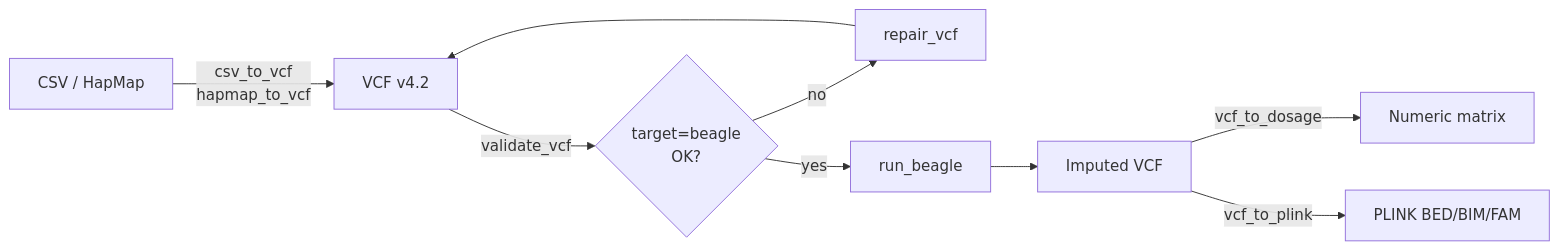
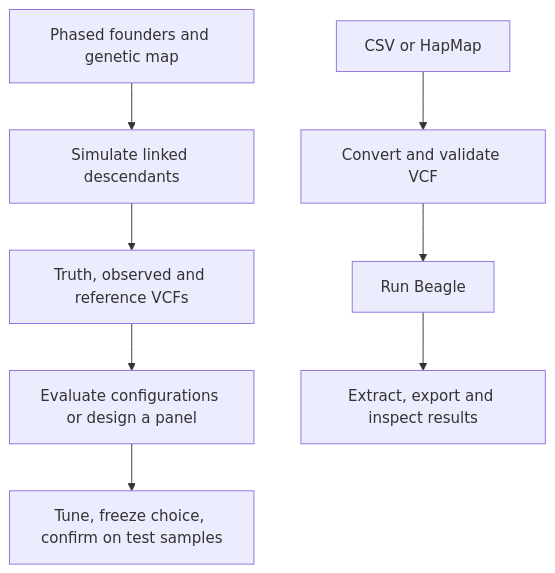
The diagram in README.md (NDSU-AGDA/galick), drawn with Mermaid before and after one commit. The commit also changed other lines of this file and 180 other files, not shown here.

````diff
--- a/README.md
+++ b/README.md
@@ -86,11 +99,10 @@
 ```mermaid
-flowchart LR
-    A[CSV / HapMap] -->|csv_to_vcf<br>hapmap_to_vcf| B[VCF v4.2]
-    B -->|validate_vcf| C{target=beagle<br>OK?}
-    C -- no --> D[repair_vcf]
-    D --> B
-    C -- yes --> E[run_beagle]
-    E --> F[Imputed VCF]
-    F -->|vcf_to_dosage| G[Numeric matrix]
-    F -->|vcf_to_plink| H[PLINK BED/BIM/FAM]
+flowchart TD
+    A[CSV or HapMap] --> B[Convert and validate VCF]
+    F[Phased founders and genetic map] --> S[Simulate linked descendants]
+    S --> T[Truth, observed and reference VCFs]
+    B --> R[Run Beagle]
+    T --> E[Evaluate configurations or design a panel]
+    E --> H[Tune, freeze choice, confirm on test samples]
+    R --> O[Extract, export and inspect results]
 ```
````
